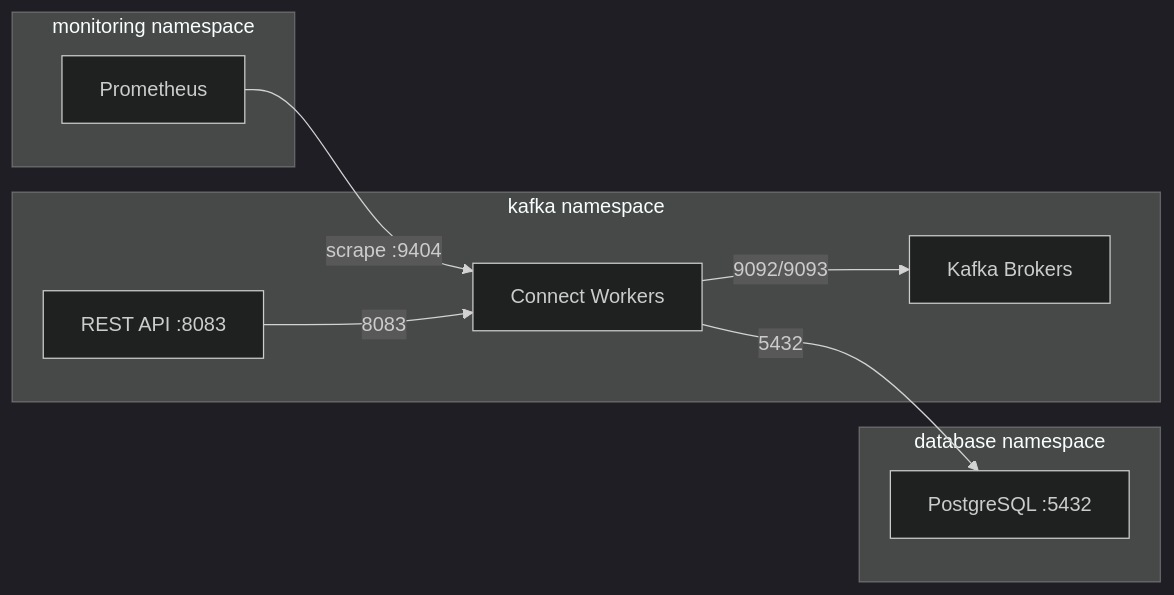
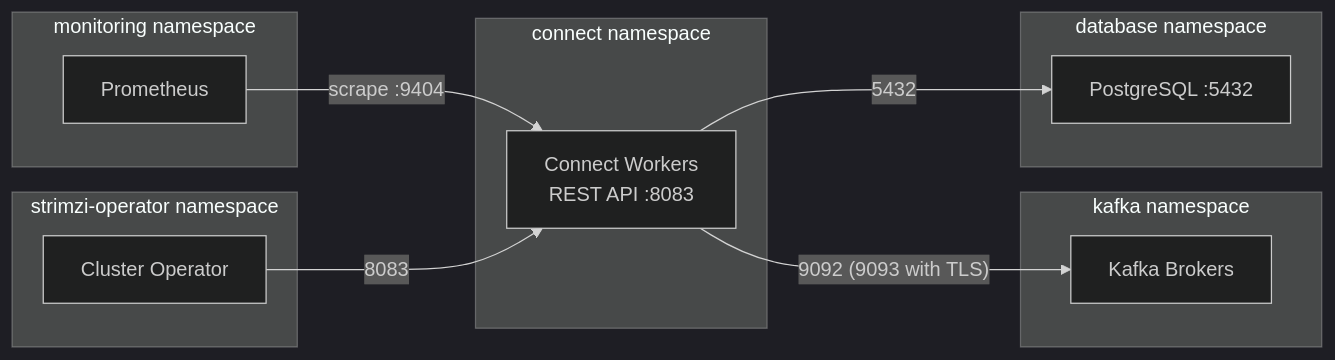
One commit to actions-marketplace-validations/bmscomp_kates changed the fourth of 5 diagrams in docs/book/operating-kafka-connect.md. Above: the diagram before and after it, drawn with Mermaid (dark theme). The commit also changed other lines of this file and 284 other files, not shown here.

````diff
--- a/docs/book/operating-kafka-connect.md
+++ b/docs/book/operating-kafka-connect.md
@@ -256,21 +281,27 @@
 ```mermaid
 graph LR
+    subgraph connect_ns["connect namespace"]
+        CW["Connect Workers<br/>REST API :8083"]
+    end
+
     subgraph kafka_ns["kafka namespace"]
-        CW["Connect Workers"]
         KB["Kafka Brokers"]
-        API["REST API :8083"]
+    end
+
+    subgraph operator_ns["strimzi-operator namespace"]
+        CO["Cluster Operator"]
     end
 
     subgraph db_ns["database namespace"]
         PG["PostgreSQL :5432"]
     end
 
     subgraph monitoring["monitoring namespace"]
         PROM["Prometheus"]
     end
 
-    CW -->|"9092/9093"| KB
+    CW -->|"9092 (9093 with TLS)"| KB
     CW -->|"5432"| PG
     PROM -->|"scrape :9404"| CW
-    API -->|"8083"| CW
+    CO -->|"8083"| CW
 ```
````
